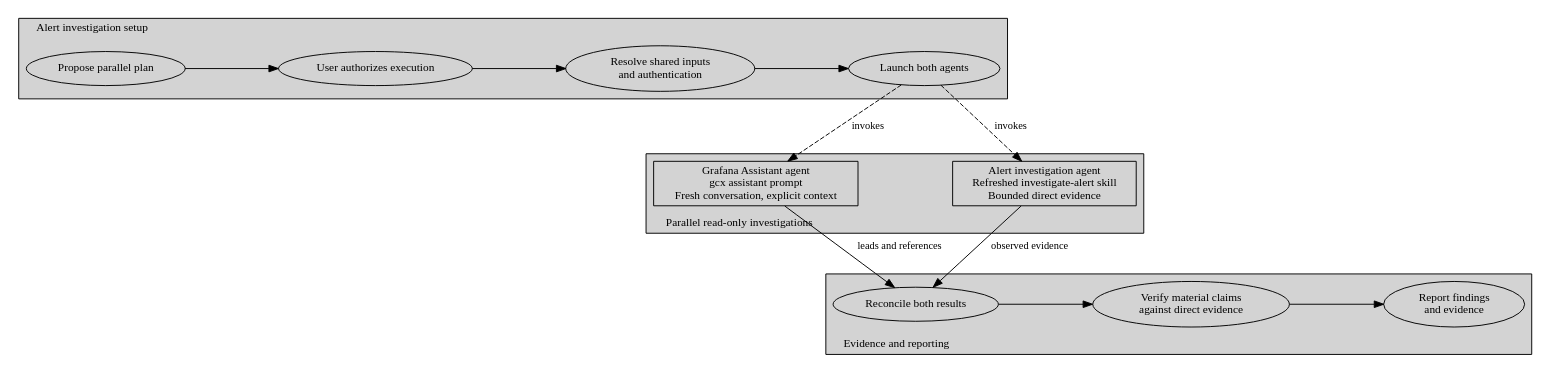
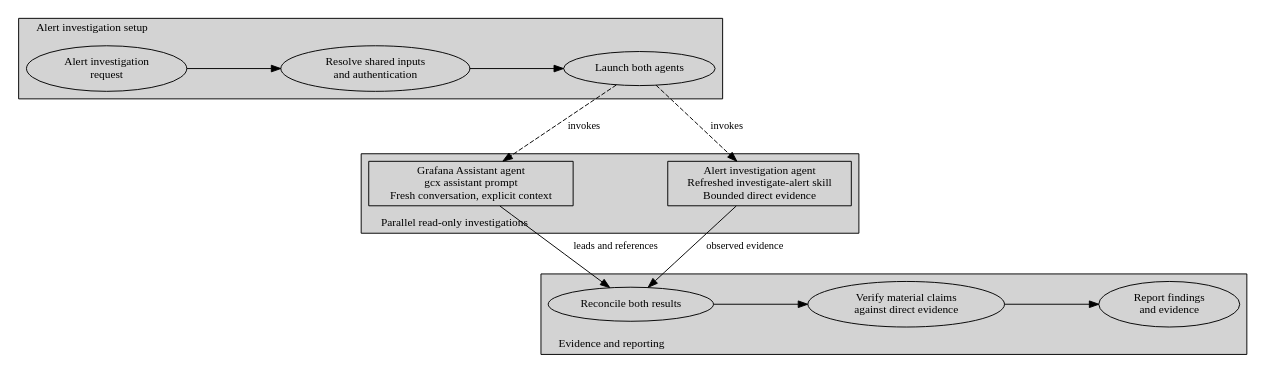
One commit to orenlion1/investigation-skills changed the diagram in diagrams/DIAGRAM-parallel-alert-investigation.dot. Above: the diagram before and after it, drawn with Graphviz. The commit also changed 32 other files, not shown here.

First line of the commit message:
feat: add the per-store fan-out skill, policy, and workflow diagrams (#17)

```diff
--- a/diagrams/DIAGRAM-parallel-alert-investigation.dot
+++ b/diagrams/DIAGRAM-parallel-alert-investigation.dot
@@ -1,41 +1,40 @@
 // Style reference: DIAGRAM-investigation-workflow.dot.
 // One canonical layout; render-workflow-diagram.sh supplies both palettes.
 digraph ParallelAlertInvestigation {
   rankdir=TB; newrank=true; compound=true;
   graph [fontname="Trebuchet MS", fontsize=12, splines=true,
          nodesep=0.7, ranksep=0.85];
   node [fontname="Trebuchet MS", fontsize=12, style=filled, height=0.5];
   edge [fontname="Trebuchet MS", fontsize=11];
 
   subgraph cluster_setup {
     label="Alert investigation setup"; labeljust=l; style=filled;
-    propose [shape=oval, label="Propose parallel plan"];
-    authorize [shape=oval, label="User authorizes execution"];
+    request [shape=oval, label="Alert investigation\nrequest"];
     resolve [shape=oval, label="Resolve shared inputs\nand authentication"];
     launch [shape=oval, label="Launch both agents"];
-    { rank=same; propose; authorize; resolve; launch; }
-    propose -> authorize -> resolve -> launch [weight=100];
+    { rank=same; request; resolve; launch; }
+    request -> resolve -> launch [weight=100];
   }
 
   subgraph cluster_parallel {
     label="Parallel read-only investigations"; labeljust=l; labelloc=b; style=filled;
     assistant [shape=box, label="Grafana Assistant agent\ngcx assistant prompt\nFresh conversation, explicit context"];
     direct [shape=box, label="Alert investigation agent\nRefreshed investigate-alert skill\nBounded direct evidence"];
     { rank=same; assistant; direct; }
     assistant -> direct [style=invis, weight=100];
   }
 
   subgraph cluster_results {
     label="Evidence and reporting"; labeljust=l; labelloc=b; style=filled;
     reconcile [shape=oval, label="Reconcile both results"];
     verify [shape=oval, label="Verify material claims\nagainst direct evidence"];
     report [shape=oval, label="Report findings\nand evidence"];
     { rank=same; reconcile; verify; report; }
     reconcile -> verify -> report [weight=100];
   }
 
   launch -> assistant [label="  invokes", style=dashed];
   launch -> direct [label="  invokes", style=dashed];
   assistant -> reconcile [label="  leads and references"];
   direct -> reconcile [label="  observed evidence"];
 }
```
